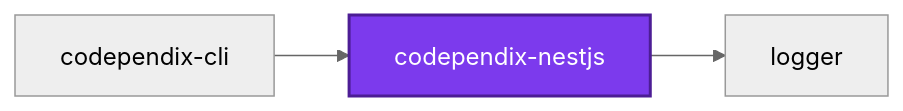
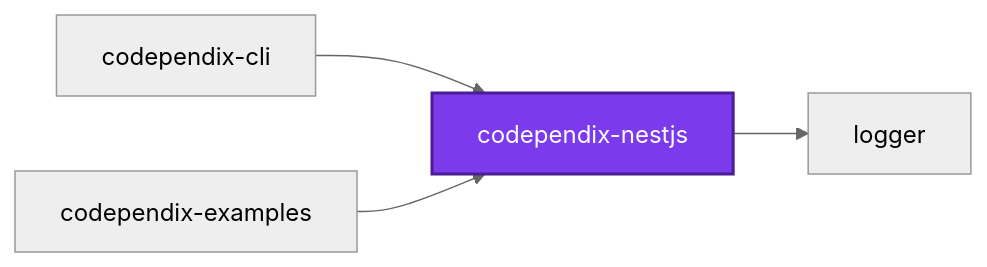
One commit to JimmyPaolini/codebase changed the first of 3 diagrams in packages/codependix-nestjs/README.md. Above: the diagram before and after it, drawn with Mermaid (neutral theme). The commit also changed 25 other files, not shown here.

````diff
--- a/packages/codependix-nestjs/README.md
+++ b/packages/codependix-nestjs/README.md
@@ -14,10 +14,12 @@
 ```mermaid
 graph LR
   codependix_cli["codependix-cli"]
+  codependix_examples["codependix-examples"]
   codependix_nestjs["codependix-nestjs"]
   logger["logger"]
   codependix_cli --> codependix_nestjs
+  codependix_examples --> codependix_nestjs
   codependix_nestjs --> logger
   classDef subject fill:#7c3aed,color:#fff,stroke:#4c1d95,stroke-width:2px
   class codependix_nestjs subject
 ```
````
